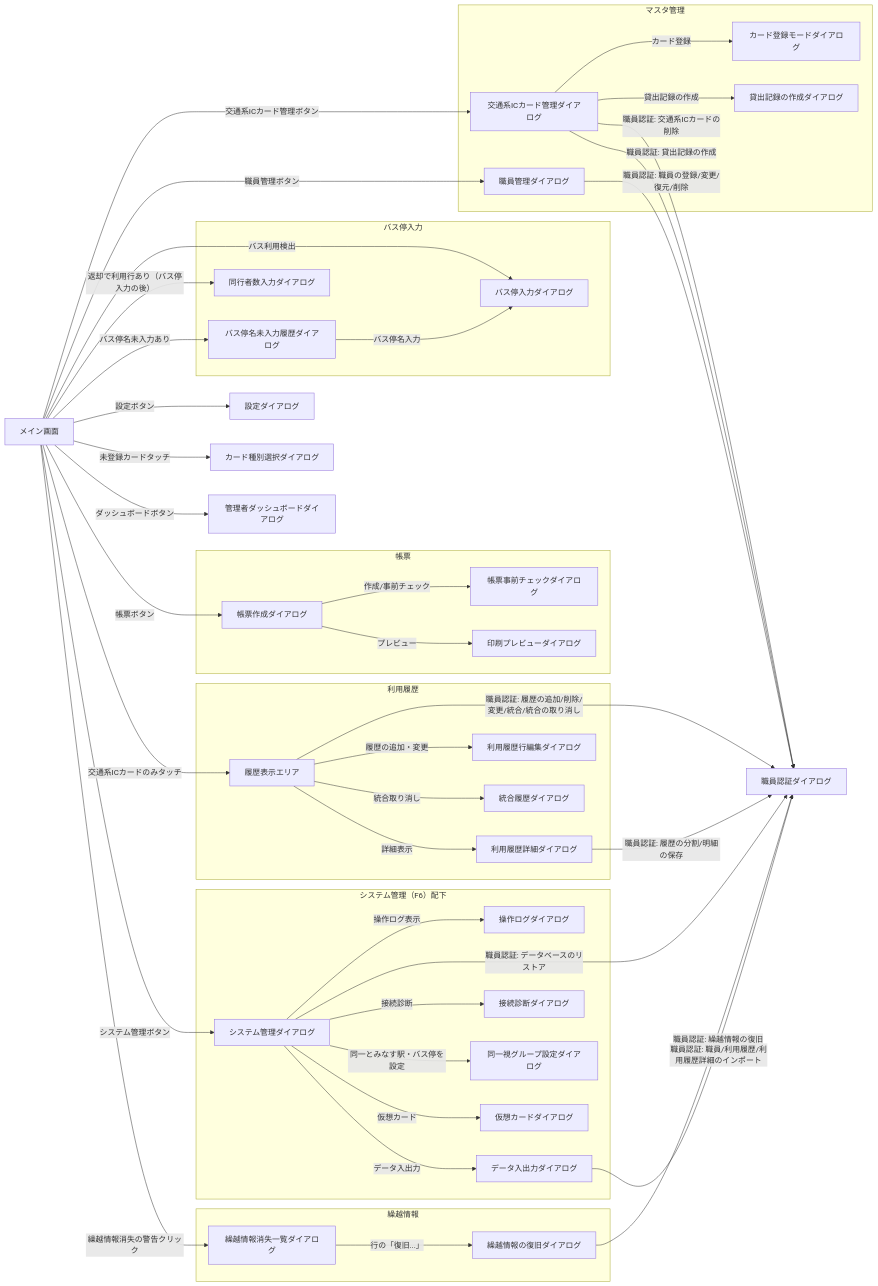
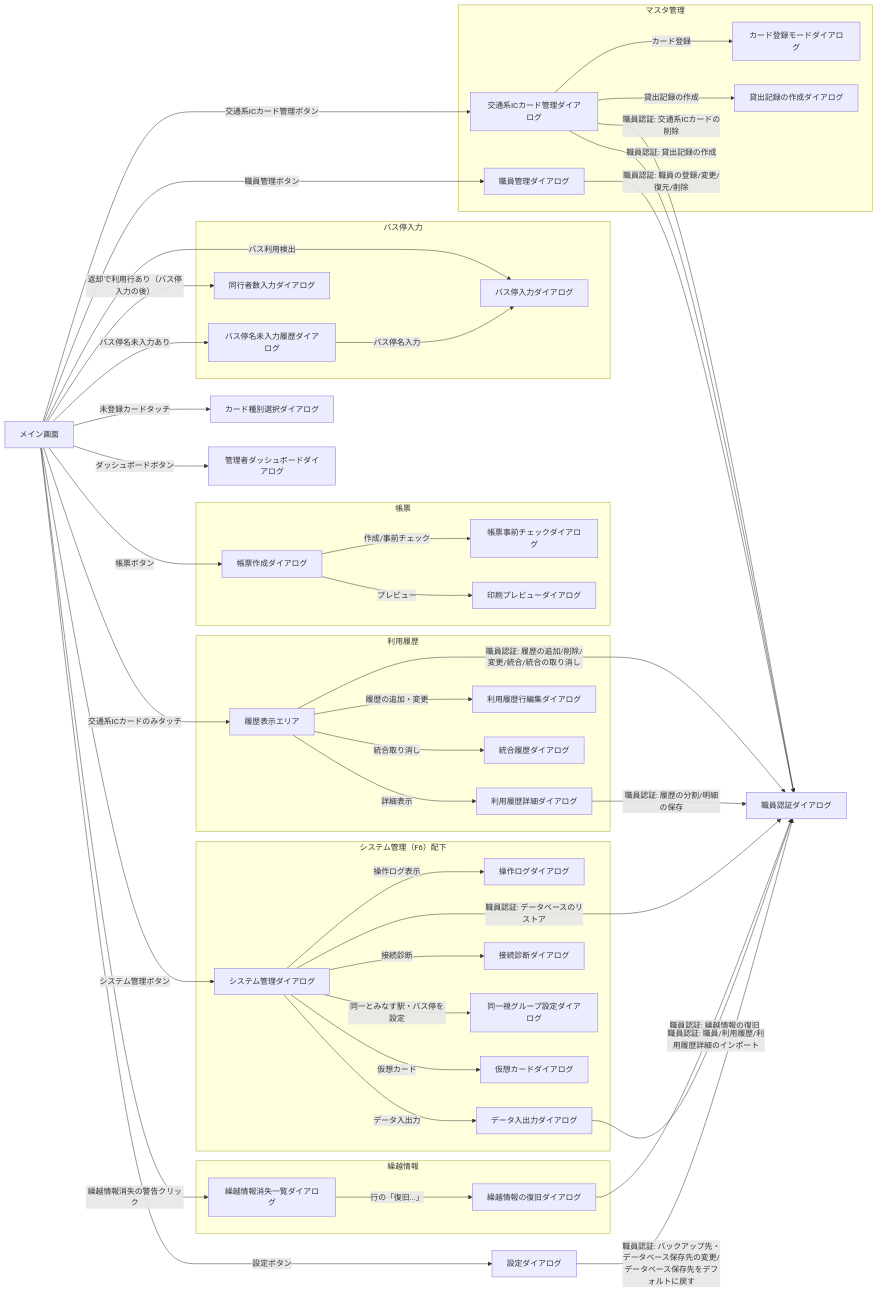
Before and after one commit to kuwayamamasayuki/ICCardManager: the first of 2 diagrams in ICCardManager/docs/design/03_画面設計書.md, drawn with Mermaid. The commit also changed other lines of this file and 39 other files, not shown here.

````diff
--- a/ICCardManager/docs/design/03_画面設計書.md
+++ b/ICCardManager/docs/design/03_画面設計書.md
@@ -99,4 +99,5 @@
     SYSMGMT -->|職員認証: データベースのリストア| STAFFAUTH
     CARRYRECOVER -->|職員認証: 繰越情報の復旧| STAFFAUTH
     DATAEXIMP -->|職員認証: 職員/利用履歴/利用履歴詳細のインポート| STAFFAUTH
+    SETTINGS -->|職員認証: バックアップ先・データベース保存先の変更/データベース保存先をデフォルトに戻す| STAFFAUTH
 ```
````
